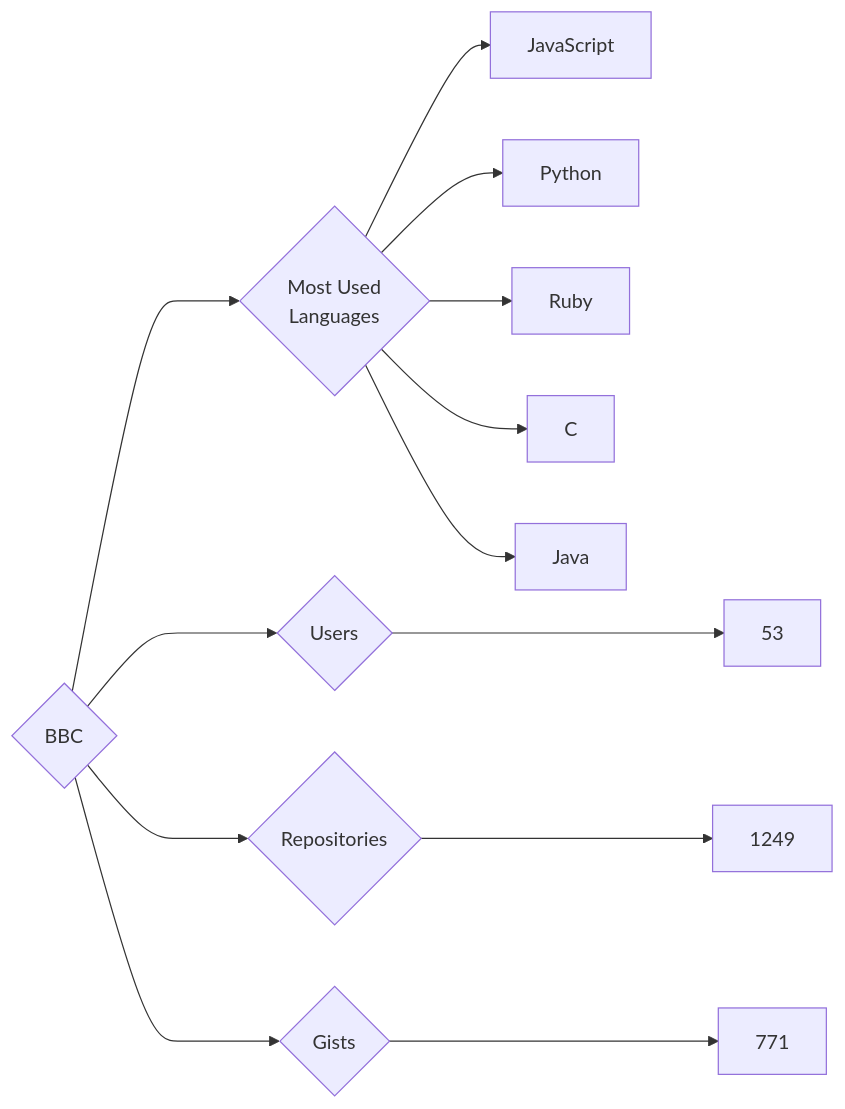
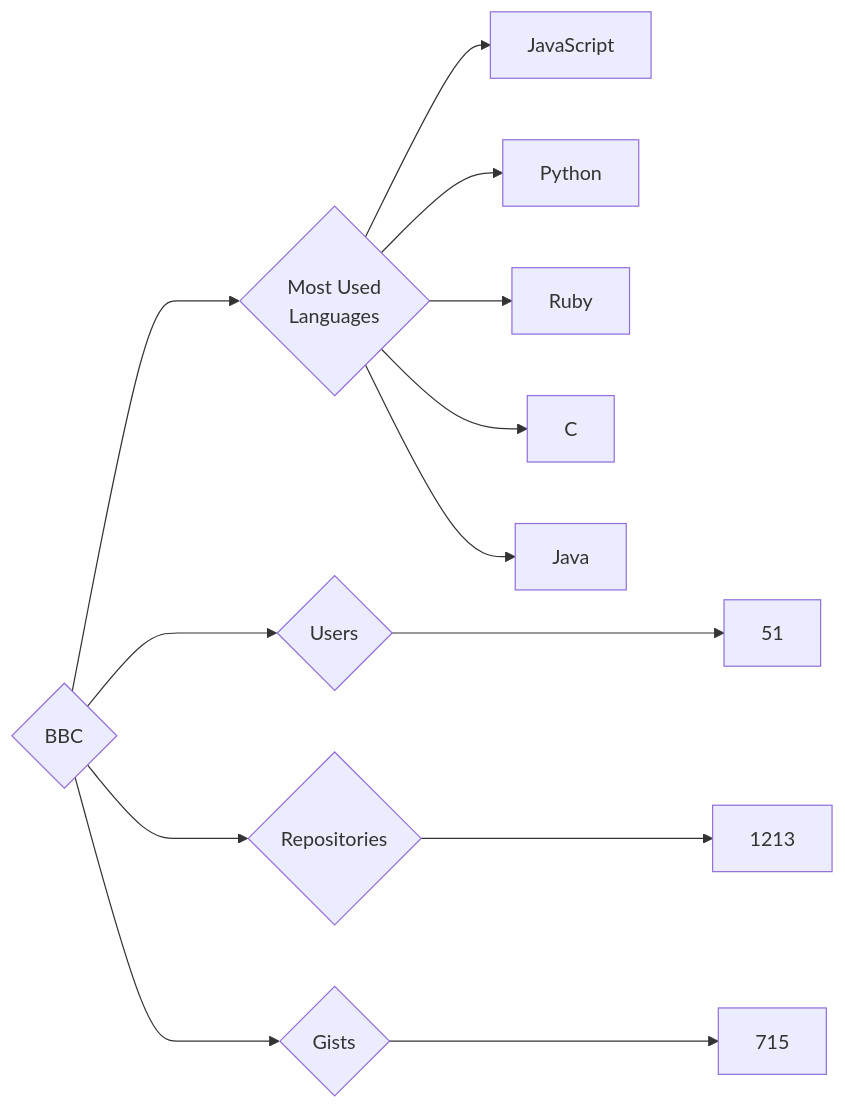
Before and after one commit to trickest/insiders: the diagram in targets/BBC/README.md, drawn with Mermaid. The commit also changed 998 other files, not shown here.

````diff
--- a/targets/BBC/README.md
+++ b/targets/BBC/README.md
@@ -3,13 +3,13 @@
 ```mermaid
 graph LR
 COMPANY_NAME{BBC}
-COMPANY_NAME ---> U{Users} ---> UN[53]
-COMPANY_NAME ---> R{Repositories} ---> RN[1249]
-COMPANY_NAME ---> G{Gists} ---> GN[771]
+COMPANY_NAME ---> U{Users} ---> UN[51]
+COMPANY_NAME ---> R{Repositories} ---> RN[1213]
+COMPANY_NAME ---> G{Gists} ---> GN[715]
 COMPANY_NAME ---> ML{Most Used<br>Languages}
 ML --> JavaScript[JavaScript]
 ML --> Python[Python]
 ML --> Ruby[Ruby]
 ML --> C[C]
 ML --> Java[Java]
 ```
````
